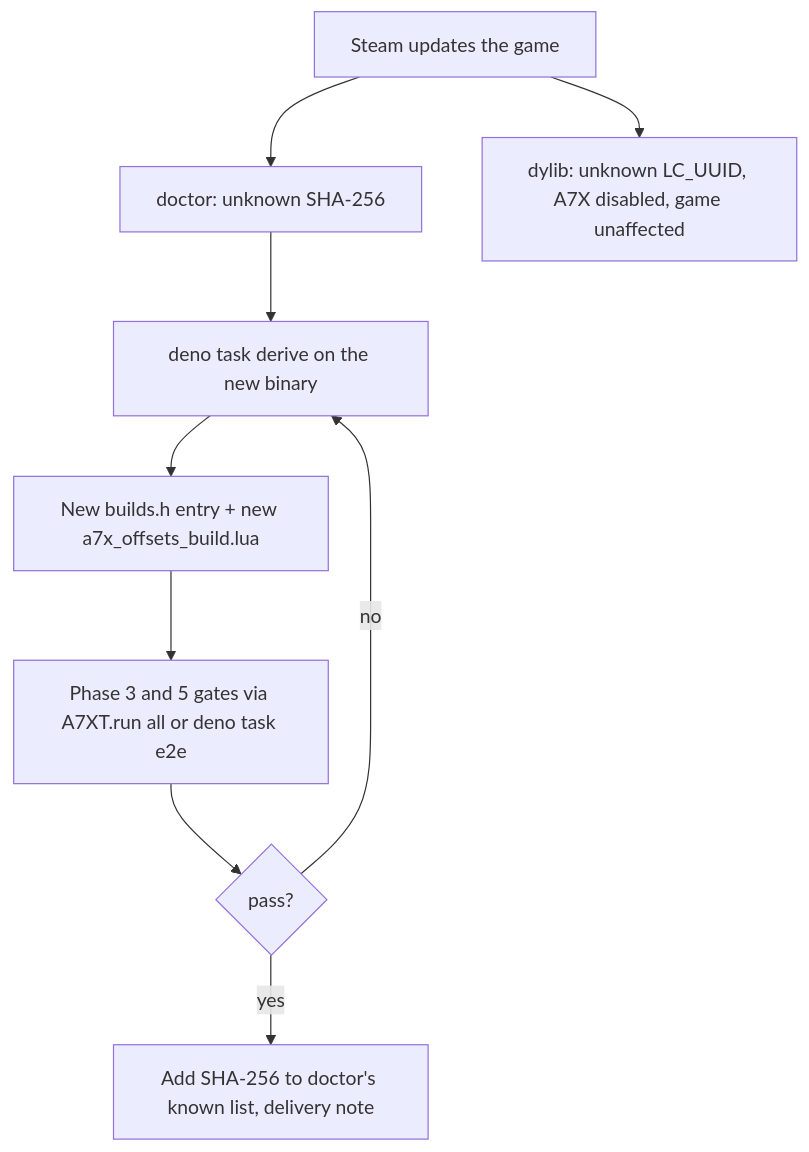
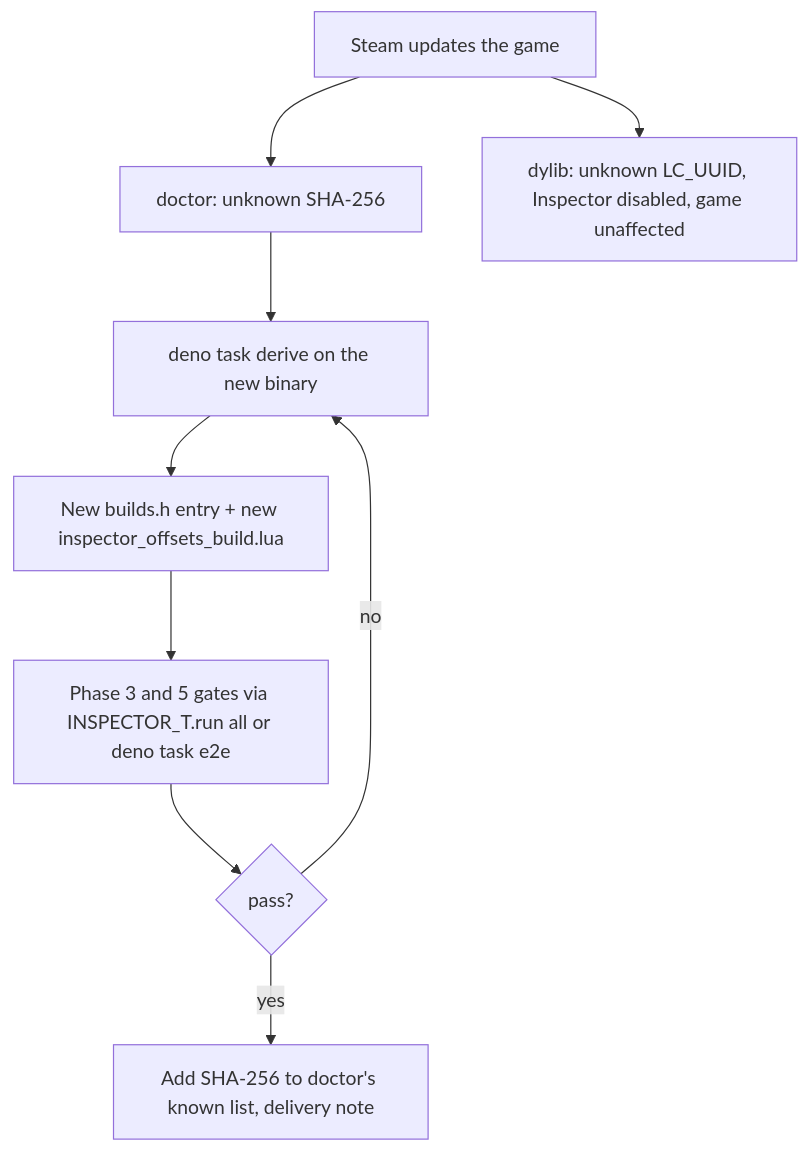
Before and after one commit to kabootit/BG2EE-Inspector: the eighth of 8 diagrams in docs/architecture.md, drawn with Mermaid. The commit also changed other lines of this file and 104 other files, not shown here.

````diff
--- a/docs/architecture.md
+++ b/docs/architecture.md
@@ -266,11 +266,11 @@
 ```mermaid
 flowchart TD
   A["Steam updates the game"] --> B["doctor: unknown SHA-256"]
-  A --> C["dylib: unknown LC_UUID, A7X disabled, game unaffected"]
+  A --> C["dylib: unknown LC_UUID, Inspector disabled, game unaffected"]
   B --> D["deno task derive on the new binary"]
-  D --> E["New builds.h entry + new a7x_offsets_build.lua"]
-  E --> F["Phase 3 and 5 gates via A7XT.run all or deno task e2e"]
+  D --> E["New builds.h entry + new inspector_offsets_build.lua"]
+  E --> F["Phase 3 and 5 gates via INSPECTOR_T.run all or deno task e2e"]
   F --> G{"pass?"}
   G -- yes --> H["Add SHA-256 to doctor's known list, delivery note"]
   G -- no --> D
 ```
````
